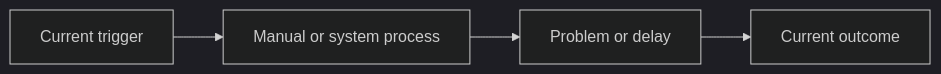
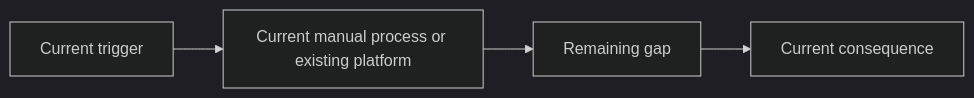
Before and after one commit to wildersa/azure_ref_kit: the first of 2 diagrams in docs/opportunities/opportunity-template.md, drawn with Mermaid (dark theme). The commit also changed other lines of this file, not shown here.

Commit message:
docs: add existing solution landscape to opportunity template

````diff
--- a/docs/opportunities/opportunity-template.md
+++ b/docs/opportunities/opportunity-template.md
@@ -76,6 +101,6 @@
 ```mermaid
 flowchart LR
-  A[Current trigger] --> B[Manual or system process]
-  B --> C[Problem or delay]
-  C --> D[Current outcome]
+  A[Current trigger] --> B[Current manual process or existing platform]
+  B --> C[Remaining gap]
+  C --> D[Current consequence]
 ```
````
